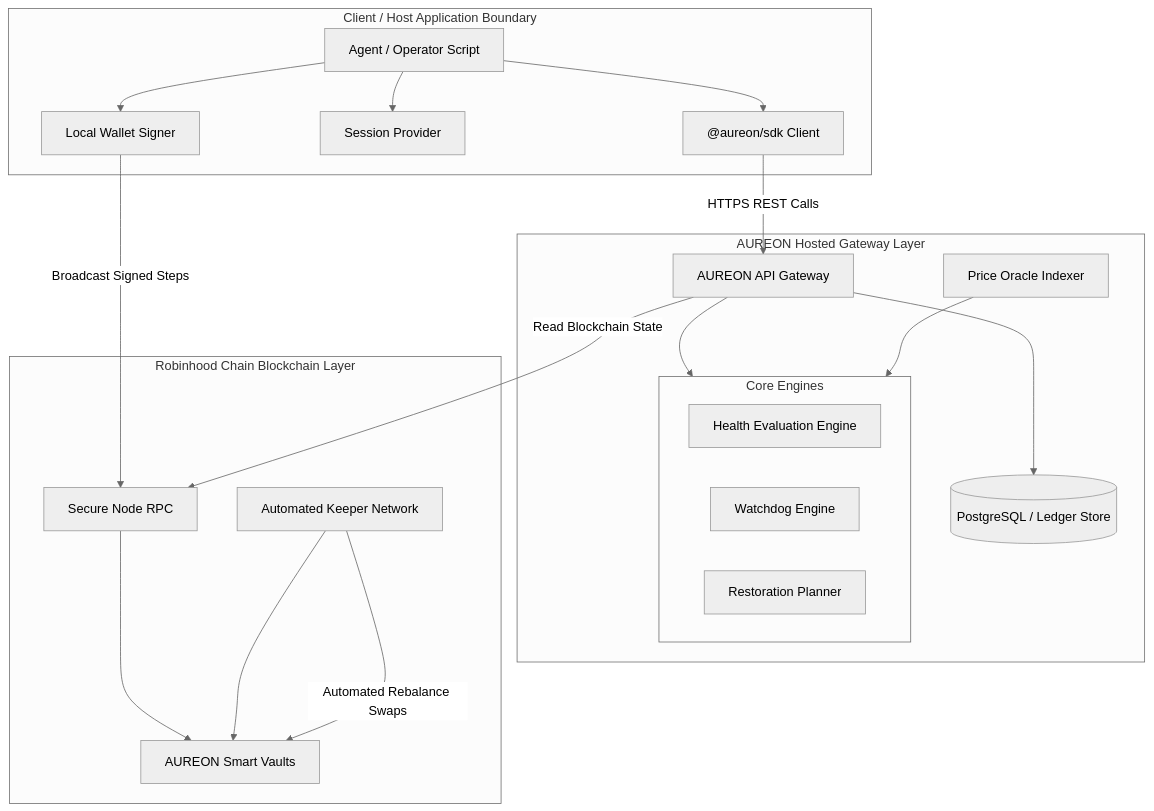
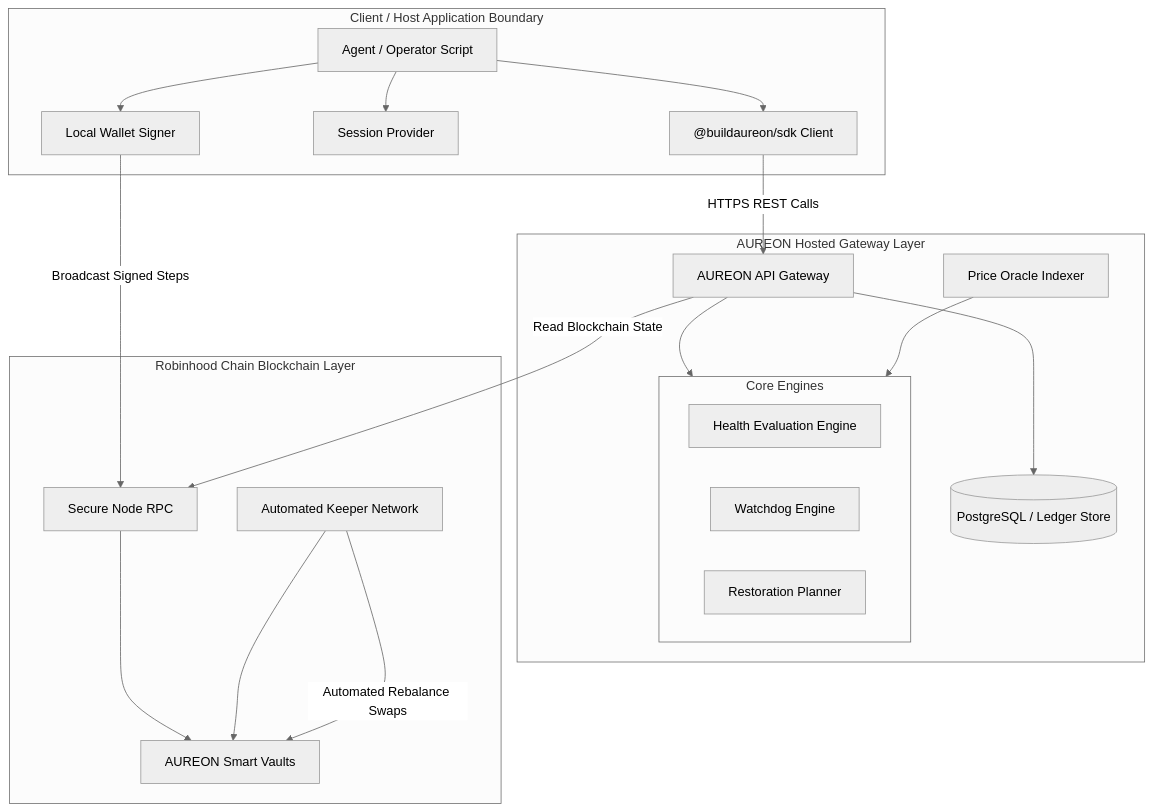
One commit to buildaureon/aureon-sdk changed the first of 3 diagrams in docs/architecture.md. Above: the diagram before and after it, drawn with Mermaid (neutral theme). The commit also changed other lines of this file and 23 other files, not shown here.

Commit message:
chore: rename npm package to @buildaureon/sdk

````diff
--- a/docs/architecture.md
+++ b/docs/architecture.md
@@ -19,44 +19,44 @@
 ```mermaid
 graph TB
   subgraph ClientBoundary [Client / Host Application Boundary]
     App[Agent / Operator Script]
-    SDK["@aureon/sdk Client"]
+    SDK["@buildaureon/sdk Client"]
     Session[Session Provider]
     Signer[Local Wallet Signer]
 
     App --> SDK
     App --> Session
     App --> Signer
   end
 
   subgraph GatewayBoundary [AUREON Hosted Gateway Layer]
     API[AUREON API Gateway]
     DB[(PostgreSQL / Ledger Store)]
     Oracles[Price Oracle Indexer]
 
     subgraph Engines [Core Engines]
       Health[Health Evaluation Engine]
       Watchdog[Watchdog Engine]
       Planner[Restoration Planner]
     end
 
     API --> DB
     API --> Engines
     Oracles --> Engines
   end
 
   subgraph ChainBoundary [Robinhood Chain Blockchain Layer]
     RPC[Secure Node RPC]
     Vaults[AUREON Smart Vaults]
     Keepers[Automated Keeper Network]
 
     RPC --> Vaults
     Keepers --> Vaults
   end
 
   %% Data and Control Flows
   SDK -->|"HTTPS REST Calls"| API
   Signer -->|"Broadcast Signed Steps"| RPC
   API -->|"Read Blockchain State"| RPC
   Keepers -->|"Automated Rebalance Swaps"| Vaults
 ```
````
